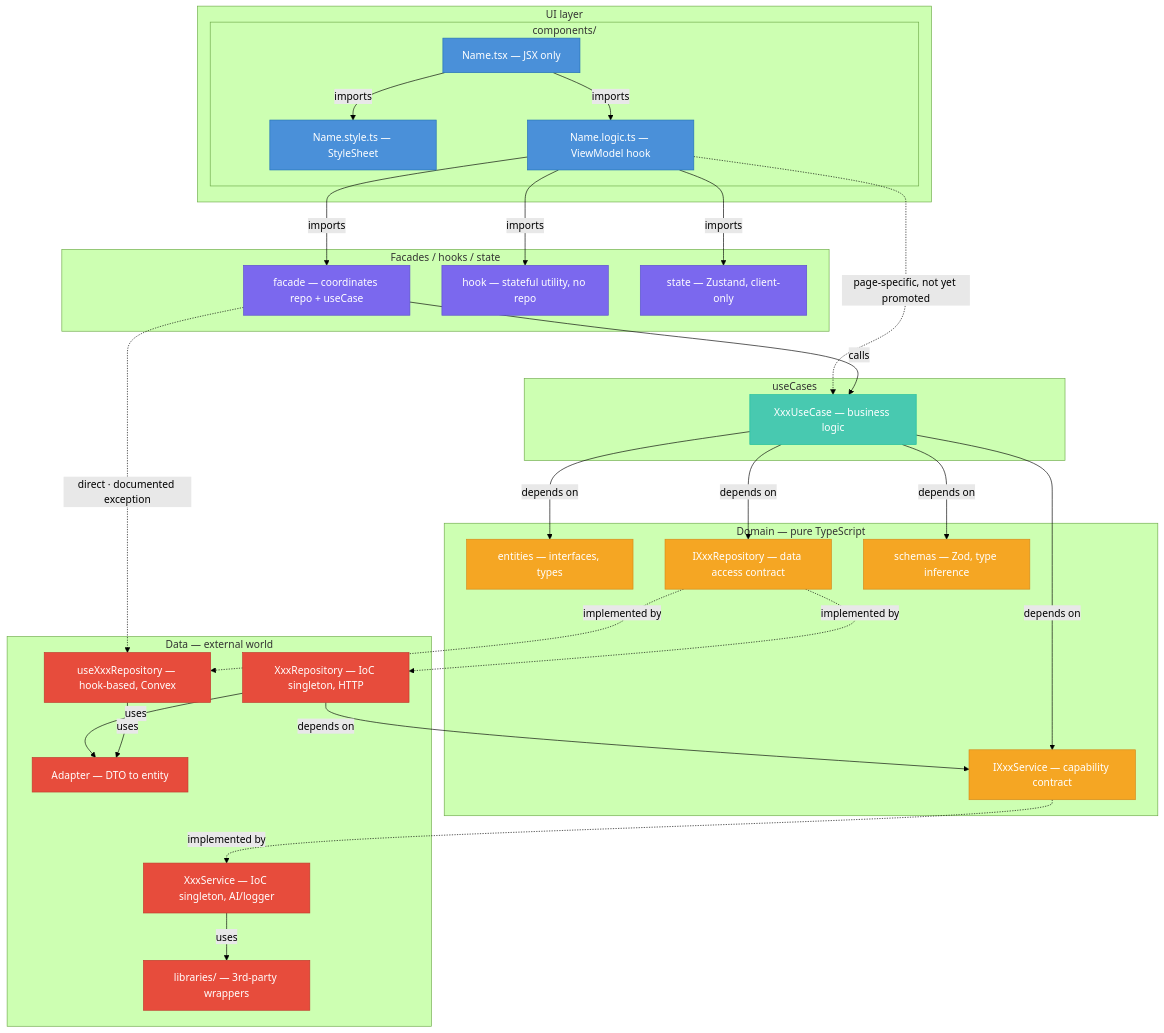
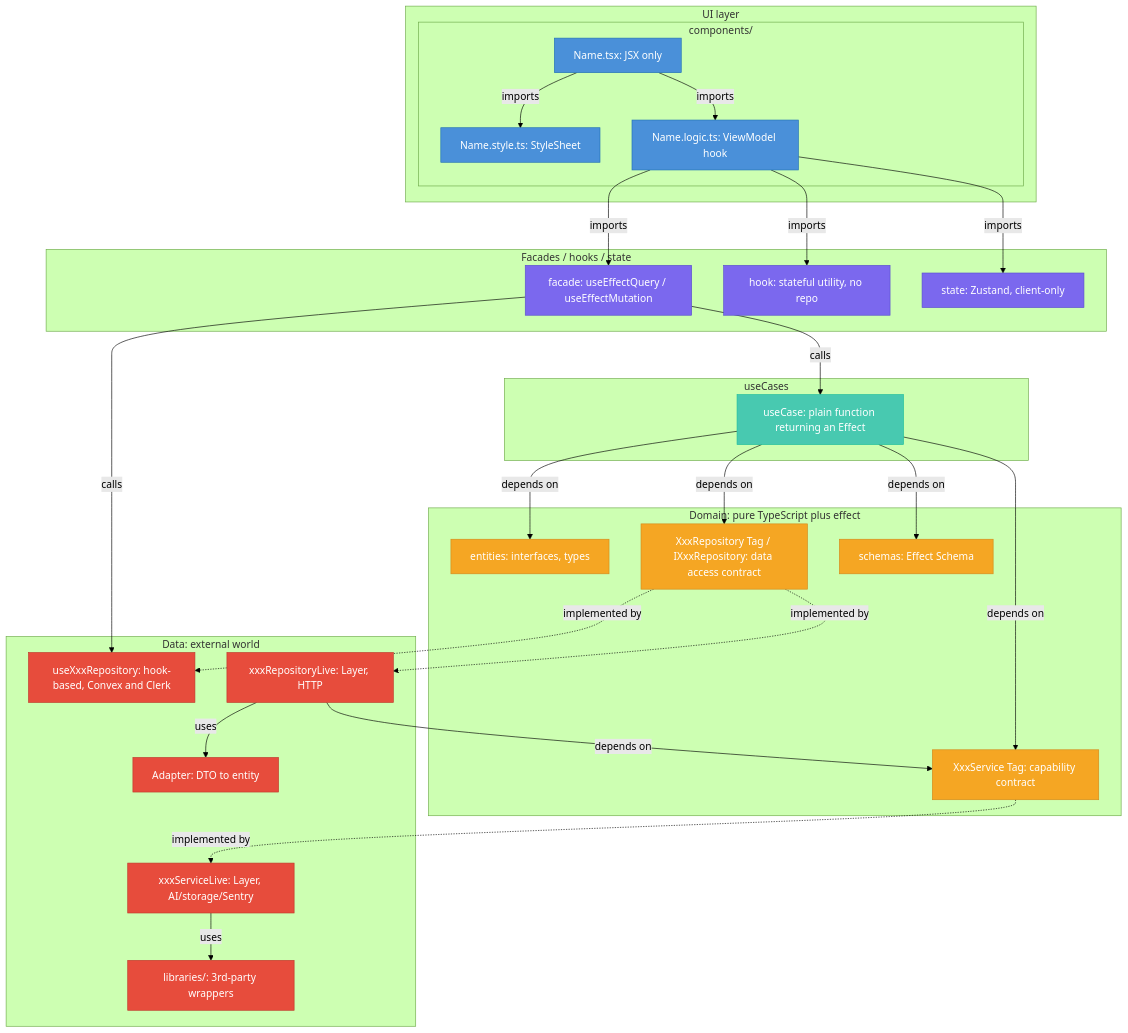
The diagram in wiki/docs/diagrams/architecture.mermaid (timothyrusso/HolidAI), drawn with Mermaid (forest theme) before and after one commit. The commit also changed 8 other files, not shown here.

```diff
--- a/wiki/docs/diagrams/architecture.mermaid
+++ b/wiki/docs/diagrams/architecture.mermaid
@@ -1,68 +1,66 @@
 %% Preview options:
 %% - VS Code extension : https://github.com/Mermaid-Chart/vscode-mermaid-chart
 %% - Online viewer     : https://mermaid.live/
 
 flowchart TD
     classDef ui       fill:#4A90D9,stroke:#2171B5,color:#fff
     classDef facade   fill:#7B68EE,stroke:#5A4FCF,color:#fff
     classDef usecase  fill:#48C9B0,stroke:#1ABC9C,color:#fff
     classDef domain   fill:#F5A623,stroke:#D4891A,color:#fff
     classDef data     fill:#E74C3C,stroke:#C0392B,color:#fff
     classDef core     fill:#7F8C8D,stroke:#616A6B,color:#fff
 
     subgraph UI["UI layer"]
         subgraph Components["components/"]
-            TSX["Name.tsx — JSX only"]:::ui
-            STY["Name.style.ts — StyleSheet"]:::ui
-            LOG["Name.logic.ts — ViewModel hook"]:::ui
+            TSX["Name.tsx: JSX only"]:::ui
+            STY["Name.style.ts: StyleSheet"]:::ui
+            LOG["Name.logic.ts: ViewModel hook"]:::ui
             TSX -->|"imports"| STY
             TSX -->|"imports"| LOG
         end
     end
 
     subgraph FHS["Facades / hooks / state"]
-        FAC["facade — coordinates repo + useCase"]:::facade
-        HOK["hook — stateful utility, no repo"]:::facade
-        STA["state — Zustand, client-only"]:::facade
+        FAC["facade: useEffectQuery / useEffectMutation"]:::facade
+        HOK["hook: stateful utility, no repo"]:::facade
+        STA["state: Zustand, client-only"]:::facade
     end
 
     subgraph UC["useCases"]
-        USE["XxxUseCase — business logic"]:::usecase
+        USE["useCase: plain function returning an Effect"]:::usecase
     end
 
-    subgraph DOM["Domain — pure TypeScript"]
-        ENT["entities — interfaces, types"]:::domain
-        IREP["IXxxRepository — data access contract"]:::domain
-        ISVC["IXxxService — capability contract"]:::domain
-        SCH["schemas — Zod, type inference"]:::domain
+    subgraph DOM["Domain: pure TypeScript plus effect"]
+        ENT["entities: interfaces, types"]:::domain
+        IREP["XxxRepository Tag / IXxxRepository: data access contract"]:::domain
+        ISVC["XxxService Tag: capability contract"]:::domain
+        SCH["schemas: Effect Schema"]:::domain
     end
 
-    subgraph DAT["Data — external world"]
-        HREP["useXxxRepository — hook-based, Convex"]:::data
-        CREP["XxxRepository — IoC singleton, HTTP"]:::data
-        ADA["Adapter — DTO to entity"]:::data
-        SVC["XxxService — IoC singleton, AI/logger"]:::data
-        LIB["libraries/ — 3rd-party wrappers"]:::data
+    subgraph DAT["Data: external world"]
+        HREP["useXxxRepository: hook-based, Convex and Clerk"]:::data
+        CREP["xxxRepositoryLive: Layer, HTTP"]:::data
+        ADA["Adapter: DTO to entity"]:::data
+        SVC["xxxServiceLive: Layer, AI/storage/Sentry"]:::data
+        LIB["libraries/: 3rd-party wrappers"]:::data
     end
 
     LOG -->|"imports"| FAC
     LOG -->|"imports"| HOK
     LOG -->|"imports"| STA
-    LOG -.->|"page-specific, not yet promoted"| USE
 
     FAC -->|"calls"| USE
-    FAC -.->|"direct · documented exception"| HREP
+    FAC -->|"calls"| HREP
 
     USE -->|"depends on"| ENT
     USE -->|"depends on"| IREP
     USE -->|"depends on"| ISVC
     USE -->|"depends on"| SCH
 
     IREP -.->|"implemented by"| HREP
     IREP -.->|"implemented by"| CREP
     ISVC -.->|"implemented by"| SVC
 
     CREP -->|"depends on"| ISVC
     CREP -->|"uses"| ADA
-    HREP -->|"uses"| ADA
     SVC -->|"uses"| LIB
```
